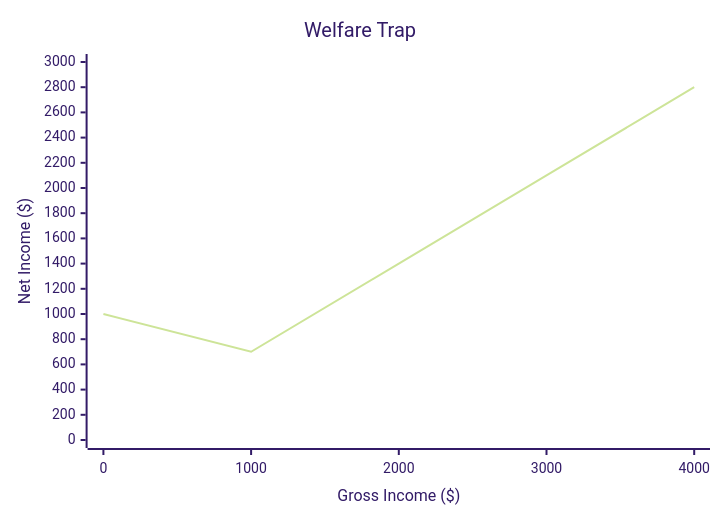
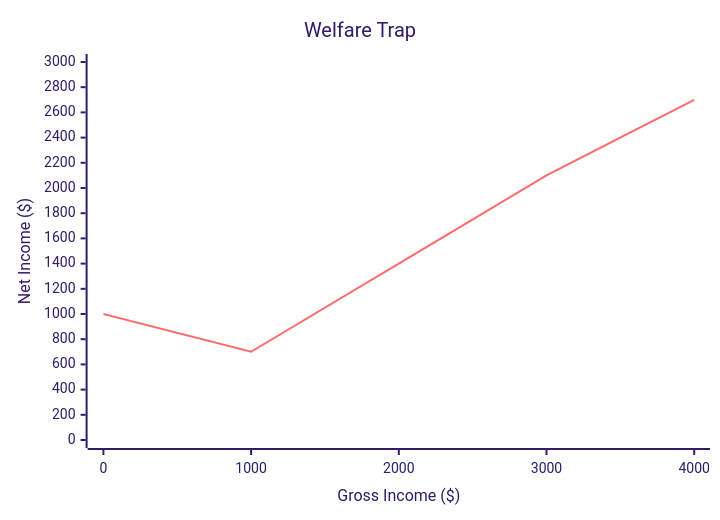
Before and after one commit to sergey-shandar/public: the first of 4 diagrams in notes/economy/justice.md, drawn with Mermaid (forest theme).

````diff
--- a/notes/economy/justice.md
+++ b/notes/economy/justice.md
@@ -14,7 +14,8 @@
 ```mermaid
 xychart-beta
     title "Welfare Trap"
     x-axis "Gross Income ($)" [0, 1000, 2000, 3000, 4000]
     y-axis "Net Income ($)" 0 --> 3000
-    line [1000, 700, 1400, 2100, 2800]
+    line [0]
+    line [1000, 700, 1400, 2100, 2700]
 ```
````
